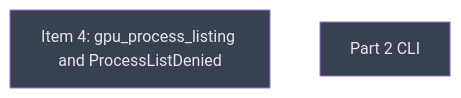
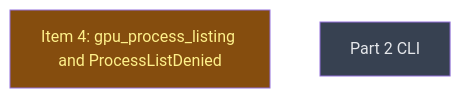
Before and after one commit to LittleCoinCoin/hypomnesis: the diagram in __roadmap__/v0214-sandbox/part1/close/part2/api/README.md, drawn with Mermaid. The commit also changed other lines of this file and 2 other files, not shown here.

Commit message:
docs(roadmap): kinfo_enumeration done; gpu_process_listing in progress
Integrated by fast-forward into v0214-part2 (5131725, 73cc80a, 8519f1a
on b716087) after its spec, FFI and test reviews and the A6 round. The
leaf's buffer-length gate no longer credits pure arithmetic with an
arm64-only layout catch.

````diff
--- a/__roadmap__/v0214-sandbox/part1/close/part2/api/README.md
+++ b/__roadmap__/v0214-sandbox/part1/close/part2/api/README.md
@@ -16,10 +16,10 @@
 ```mermaid
 graph TD
-    gpu_process_listing[Item 4: gpu_process_listing and ProcessListDenied]:::planned
+    gpu_process_listing[Item 4: gpu_process_listing and ProcessListDenied]:::inprogress
     cli[Part 2 CLI]:::planned
     classDef done       fill:#166534,color:#bbf7d0
     classDef inprogress fill:#854d0e,color:#fef08a
     classDef planned    fill:#374151,color:#e5e7eb
     classDef amendment  fill:#1e3a5f,color:#bfdbfe
     classDef blocked    fill:#7f1d1d,color:#fecaca
 ```
````
